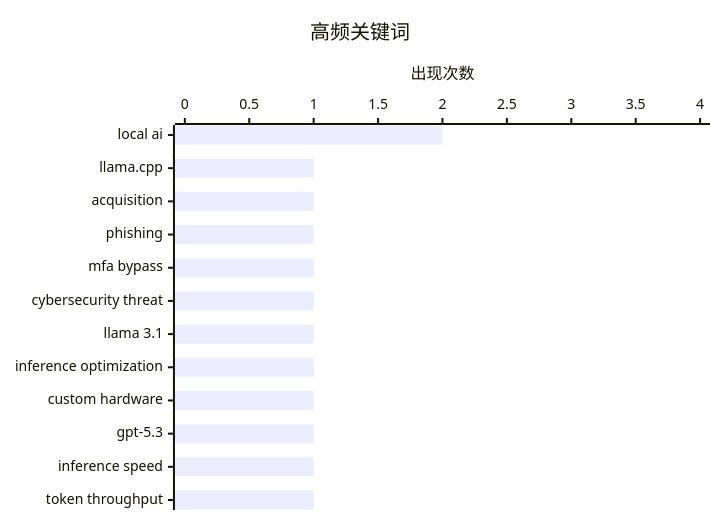
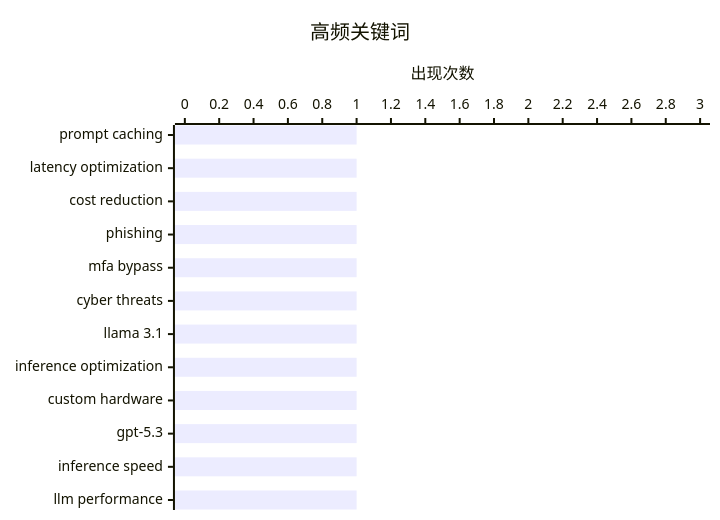
The second of 2 diagrams in digests/2026-02-22.md (0xEmberZz/daily-digest), drawn with Mermaid before and after one commit. The commit also changed other lines of this file and 1 other file, not shown here.

````diff
--- a/digests/2026-02-22.md
+++ b/digests/2026-02-22.md
@@ -74,7 +80,7 @@
 ```mermaid
 xychart-beta horizontal
     title "高频关键词"
-    x-axis ["local ai", "llama.cpp", "acquisition", "phishing", "mfa bypass", "cybersecurity threat", "llama 3.1", "inference optimization", "custom hardware", "gpt-5.3", "inference speed", "token throughput"]
-    y-axis "出现次数" 0 --> 4
-    bar [2, 1, 1, 1, 1, 1, 1, 1, 1, 1, 1, 1]
+    x-axis ["prompt caching", "latency optimization", "cost reduction", "phishing", "mfa bypass", "cyber threats", "llama 3.1", "inference optimization", "custom hardware", "gpt-5.3", "inference speed", "llm performance"]
+    y-axis "出现次数" 0 --> 3
+    bar [1, 1, 1, 1, 1, 1, 1, 1, 1, 1, 1, 1]
 ```
````
